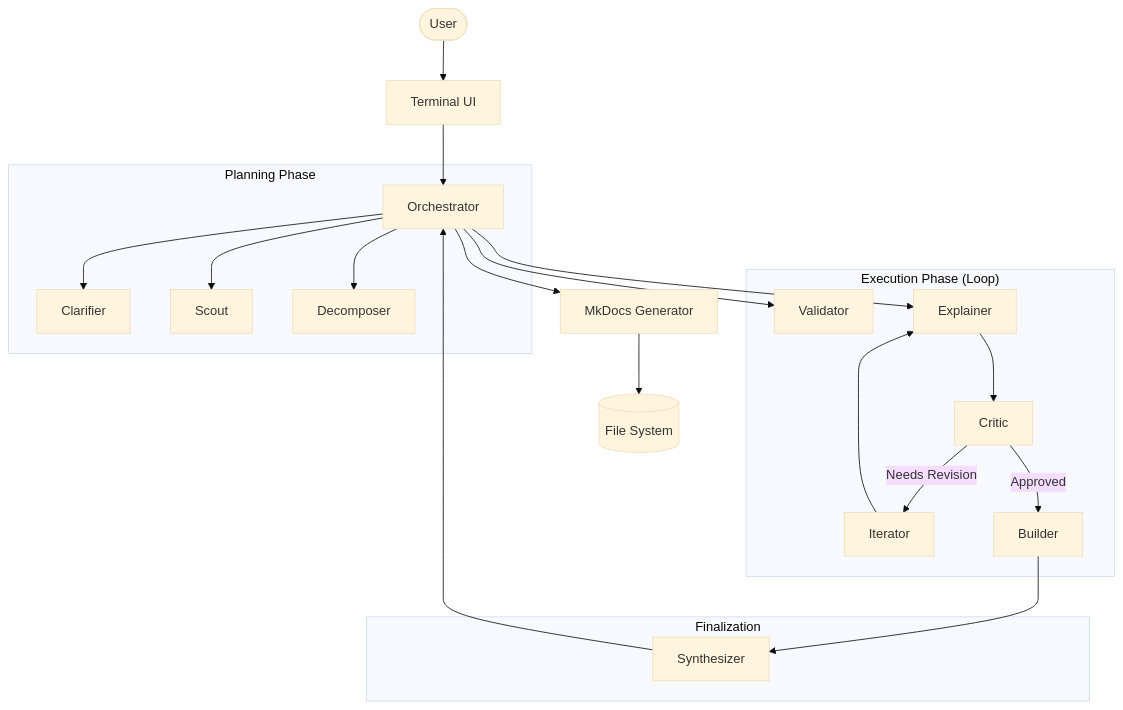
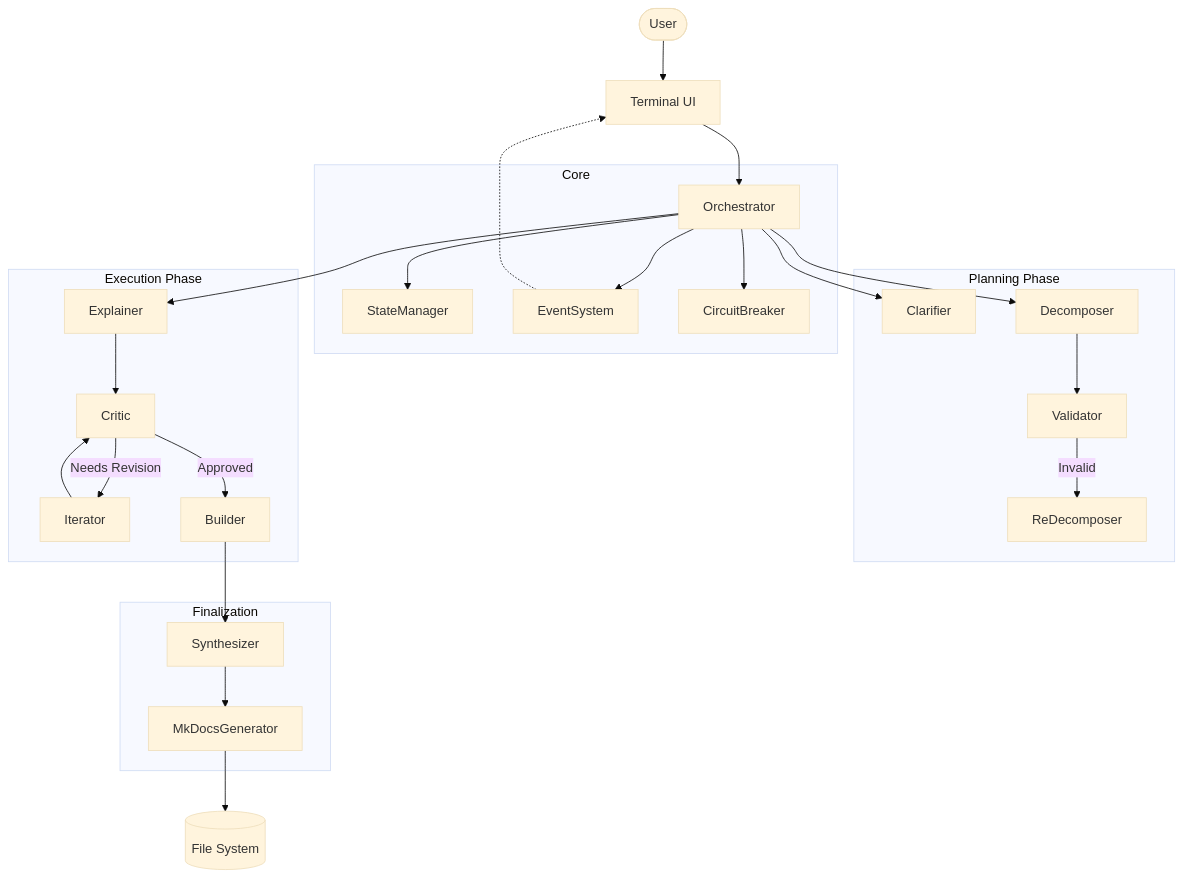
One commit to tuannh982/explain-it changed the diagram in ARCHITECTURE.md. Above: the diagram before and after it, drawn with Mermaid (base theme). The commit also changed other lines of this file and 14 other files, not shown here.

````diff
--- a/ARCHITECTURE.md
+++ b/ARCHITECTURE.md
@@ -9,30 +74,34 @@
 ```mermaid
 graph TD
     User([User]) --> TUI[Terminal UI]
     TUI --> Orch[Orchestrator]
-    
+
+    subgraph "Core"
+        Orch --> State[StateManager]
+        Orch --> Events[EventSystem]
+        Orch --> CB[CircuitBreaker]
+    end
+
     subgraph "Planning Phase"
         Orch --> Clarifier
-        Orch --> Scout
         Orch --> Decomposer
+        Decomposer --> Validator
+        Validator -- "Invalid" --> ReDecomposer
     end
-    
-    subgraph "Execution Phase (Loop)"
-        Orch --> Validator
+
+    subgraph "Execution Phase"
         Orch --> Explainer
-        
         Explainer --> Critic
         Critic -- "Needs Revision" --> Iterator
-        Iterator --> Explainer
-        
+        Iterator --> Critic
         Critic -- "Approved" --> Builder
     end
-    
+
     subgraph "Finalization"
         Builder --> Synthesizer
-        Synthesizer --> Orch
+        Synthesizer --> MkDocs[MkDocsGenerator]
     end
-    
-    Orch --> MkDocs[MkDocs Generator]
+
     MkDocs --> Disk[(File System)]
+    Events -.-> TUI
 ```
````
